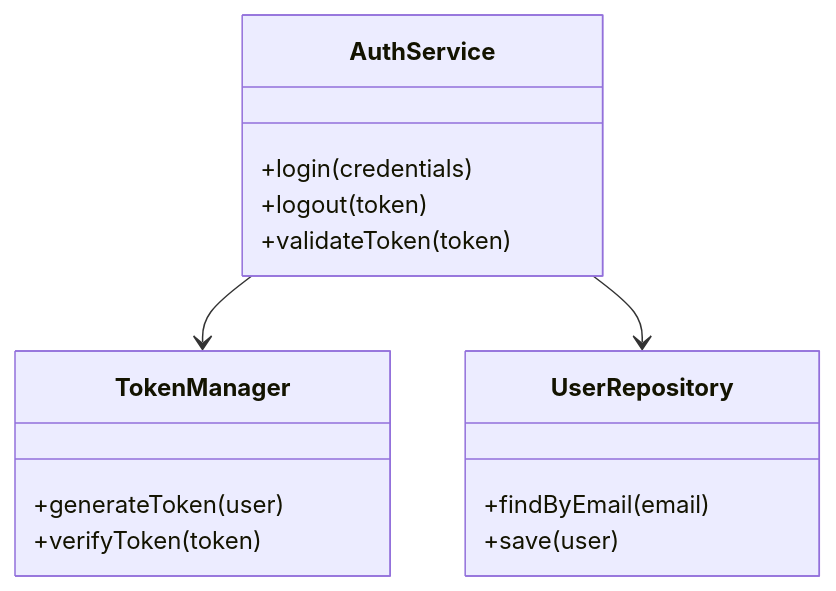
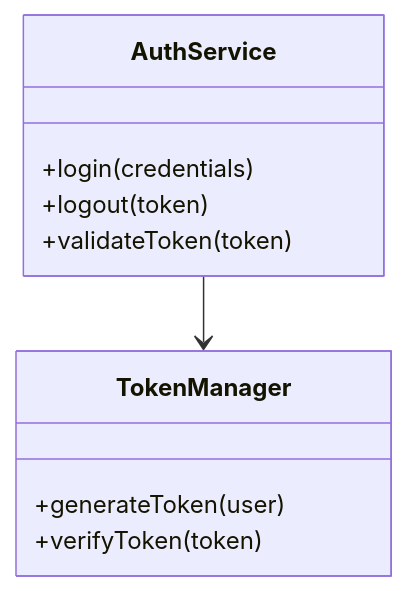
Before and after one commit to victoraraujo105/mermaid-diagram-claude-code: the first of 3 diagrams in README.md, drawn with Mermaid. The commit also changed other lines of this file and 10 other files, not shown here.

````diff
--- a/README.md
+++ b/README.md
@@ -280,18 +115,13 @@
 ```mermaid
 classDiagram
     class AuthService {
         +login(credentials)
         +logout(token)
         +validateToken(token)
     }
     class TokenManager {
         +generateToken(user)
         +verifyToken(token)
     }
-    class UserRepository {
-        +findByEmail(email)
-        +save(user)
-    }
     AuthService --> TokenManager
-    AuthService --> UserRepository
 ```
````
